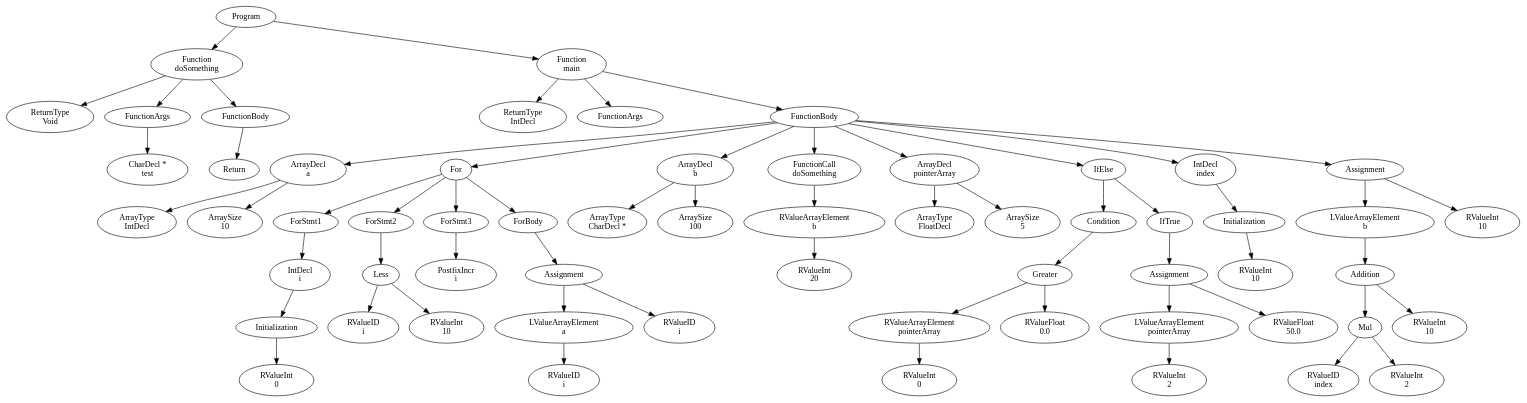
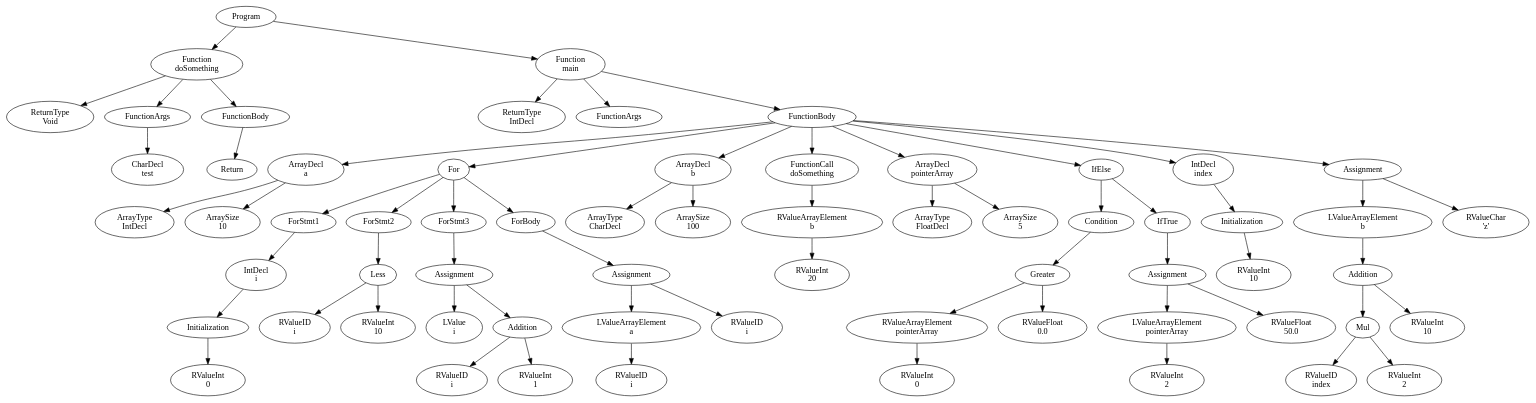
One commit to FedericoQuin/Compilers changed the diagram in official/res/solutions/arrays.dot. Above: the diagram before and after it, drawn with Graphviz. The commit also changed 24 other files, not shown here.

```diff
--- a/official/res/solutions/arrays.dot
+++ b/official/res/solutions/arrays.dot
@@ -1,123 +1,131 @@
 digraph AST {
 2 [label="Program"];
 3 [label="Function \ndoSomething"];
 4 [label="ReturnType \nVoid"];
 5 [label="FunctionArgs"];
-6 [label="CharDecl * \ntest"];
+6 [label="CharDecl \ntest"];
 5 -> 6;
 7 [label="FunctionBody"];
 8 [label="Return"];
 7 -> 8;
 3 -> 4;
 3 -> 5;
 3 -> 7;
 9 [label="Function \nmain"];
 10 [label="ReturnType \nIntDecl"];
 11 [label="FunctionArgs"];
 12 [label="FunctionBody"];
 13 [label="ArrayDecl \na"];
 14 [label="ArrayType \nIntDecl"];
 15 [label="ArraySize \n10"];
 13 -> 14;
 13 -> 15;
 16 [label="For"];
 17 [label="ForStmt1"];
 18 [label="IntDecl \ni"];
 19 [label="Initialization"];
 20 [label="RValueInt \n0"];
 19 -> 20;
 18 -> 19;
 17 -> 18;
 21 [label="ForStmt2"];
 22 [label="Less"];
 23 [label="RValueID \ni"];
 24 [label="RValueInt \n10"];
 22 -> 23;
 22 -> 24;
 21 -> 22;
 25 [label="ForStmt3"];
-26 [label="PostfixIncr \ni"];
+26 [label="Assignment"];
+27 [label="LValue \ni"];
+28 [label="Addition"];
+29 [label="RValueID \ni"];
+30 [label="RValueInt \n1"];
+28 -> 29;
+28 -> 30;
+26 -> 27;
+26 -> 28;
 25 -> 26;
-27 [label="ForBody"];
-28 [label="Assignment"];
-29 [label="LValueArrayElement \na"];
-30 [label="RValueID \ni"];
-29 -> 30;
-31 [label="RValueID \ni"];
-28 -> 29;
-28 -> 31;
-27 -> 28;
+31 [label="ForBody"];
+32 [label="Assignment"];
+33 [label="LValueArrayElement \na"];
+34 [label="RValueID \ni"];
+33 -> 34;
+35 [label="RValueID \ni"];
+32 -> 33;
+32 -> 35;
+31 -> 32;
 16 -> 17;
 16 -> 21;
 16 -> 25;
-16 -> 27;
-32 [label="ArrayDecl \nb"];
-33 [label="ArrayType \nCharDecl *"];
-34 [label="ArraySize \n100"];
-32 -> 33;
-32 -> 34;
-35 [label="FunctionCall \ndoSomething"];
-36 [label="RValueArrayElement \nb"];
-37 [label="RValueInt \n20"];
+16 -> 31;
+36 [label="ArrayDecl \nb"];
+37 [label="ArrayType \nCharDecl"];
+38 [label="ArraySize \n100"];
 36 -> 37;
-35 -> 36;
-38 [label="ArrayDecl \npointerArray"];
-39 [label="ArrayType \nFloatDecl"];
-40 [label="ArraySize \n5"];
-38 -> 39;
-38 -> 40;
-41 [label="IfElse"];
-42 [label="Condition"];
-43 [label="Greater"];
-44 [label="RValueArrayElement \npointerArray"];
-45 [label="RValueInt \n0"];
-44 -> 45;
-46 [label="RValueFloat \n0.0"];
-43 -> 44;
-43 -> 46;
+36 -> 38;
+39 [label="FunctionCall \ndoSomething"];
+40 [label="RValueArrayElement \nb"];
+41 [label="RValueInt \n20"];
+40 -> 41;
+39 -> 40;
+42 [label="ArrayDecl \npointerArray"];
+43 [label="ArrayType \nFloatDecl"];
+44 [label="ArraySize \n5"];
 42 -> 43;
-47 [label="IfTrue"];
-48 [label="Assignment"];
-49 [label="LValueArrayElement \npointerArray"];
-50 [label="RValueInt \n2"];
-49 -> 50;
-51 [label="RValueFloat \n50.0"];
+42 -> 44;
+45 [label="IfElse"];
+46 [label="Condition"];
+47 [label="Greater"];
+48 [label="RValueArrayElement \npointerArray"];
+49 [label="RValueInt \n0"];
 48 -> 49;
-48 -> 51;
+50 [label="RValueFloat \n0.0"];
 47 -> 48;
-41 -> 42;
-41 -> 47;
-52 [label="IntDecl \nindex"];
-53 [label="Initialization"];
-54 [label="RValueInt \n10"];
+47 -> 50;
+46 -> 47;
+51 [label="IfTrue"];
+52 [label="Assignment"];
+53 [label="LValueArrayElement \npointerArray"];
+54 [label="RValueInt \n2"];
 53 -> 54;
+55 [label="RValueFloat \n50.0"];
 52 -> 53;
-55 [label="Assignment"];
-56 [label="LValueArrayElement \nb"];
-57 [label="Addition"];
-58 [label="Mul"];
-59 [label="RValueID \nindex"];
-60 [label="RValueInt \n2"];
-58 -> 59;
-58 -> 60;
-61 [label="RValueInt \n10"];
+52 -> 55;
+51 -> 52;
+45 -> 46;
+45 -> 51;
+56 [label="IntDecl \nindex"];
+57 [label="Initialization"];
+58 [label="RValueInt \n10"];
 57 -> 58;
-57 -> 61;
 56 -> 57;
-62 [label="RValueInt \n10"];
-55 -> 56;
-55 -> 62;
+59 [label="Assignment"];
+60 [label="LValueArrayElement \nb"];
+61 [label="Addition"];
+62 [label="Mul"];
+63 [label="RValueID \nindex"];
+64 [label="RValueInt \n2"];
+62 -> 63;
+62 -> 64;
+65 [label="RValueInt \n10"];
+61 -> 62;
+61 -> 65;
+60 -> 61;
+66 [label="RValueChar \n'z'"];
+59 -> 60;
+59 -> 66;
 12 -> 13;
 12 -> 16;
-12 -> 32;
-12 -> 35;
-12 -> 38;
-12 -> 41;
-12 -> 52;
-12 -> 55;
+12 -> 36;
+12 -> 39;
+12 -> 42;
+12 -> 45;
+12 -> 56;
+12 -> 59;
 9 -> 10;
 9 -> 11;
 9 -> 12;
 2 -> 3;
 2 -> 9;
 }
```
